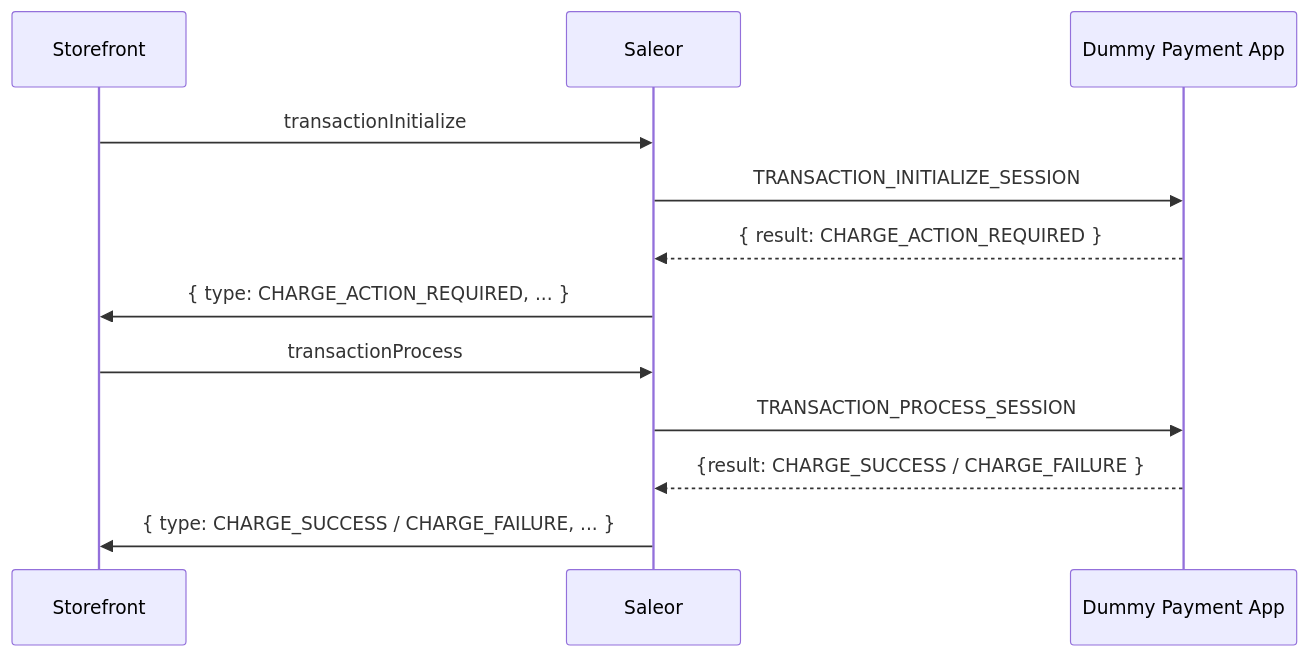
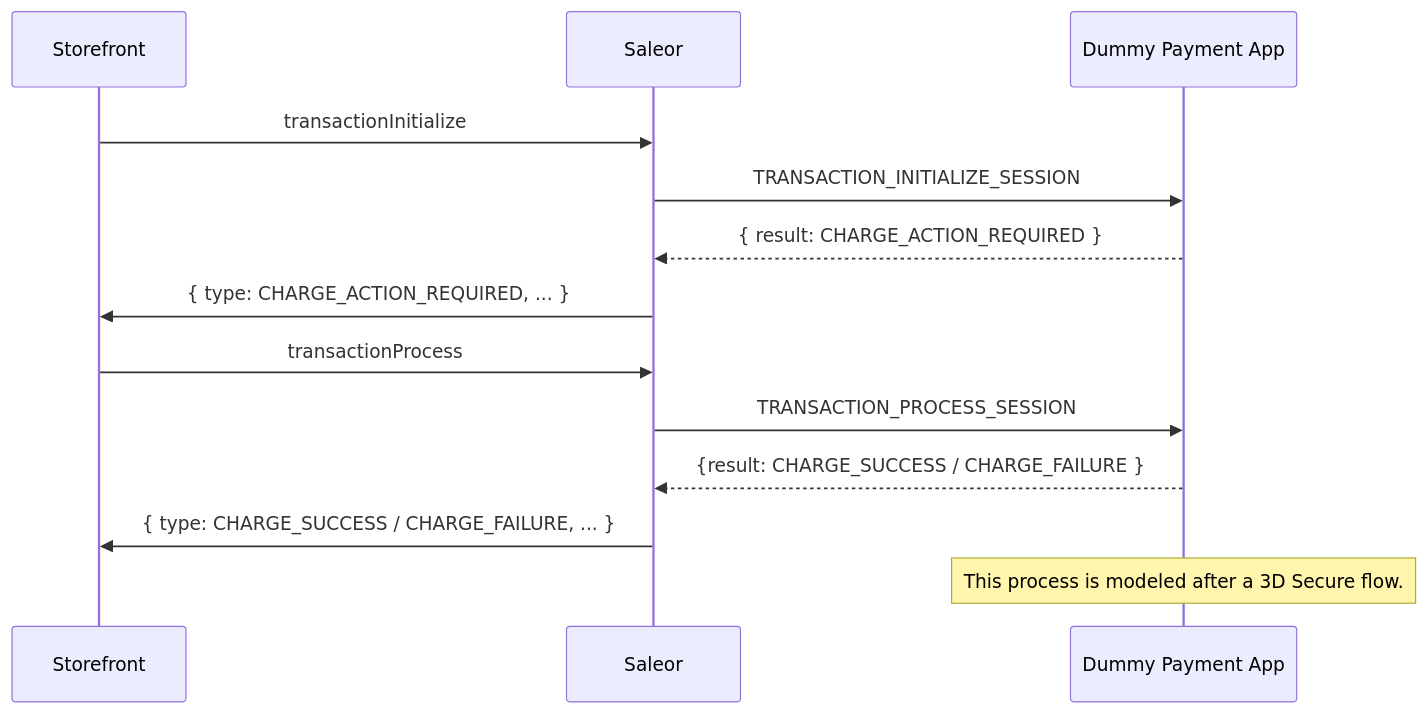
Before and after one commit to saleor/saleor-docs: the diagram in docs/developer/extending/apps/building-payment-app.mdx, drawn with Mermaid. The commit also changed other lines of this file, not shown here.

````diff
--- a/docs/developer/extending/apps/building-payment-app.mdx
+++ b/docs/developer/extending/apps/building-payment-app.mdx
@@ -128,14 +136,15 @@
 ```mermaid
 sequenceDiagram
- participant Storefront as Storefront
- participant Saleor as Saleor
- participant App as Dummy Payment App
+ participant Storefront
+ participant Saleor
+ participant Dummy Payment App
  Storefront->>Saleor: transactionInitialize
- Saleor->>App: TRANSACTION_INITIALIZE_SESSION
- App-->>Saleor: { result: CHARGE_ACTION_REQUIRED }
+ Saleor->>Dummy Payment App: TRANSACTION_INITIALIZE_SESSION
+ Dummy Payment App-->>Saleor: { result: CHARGE_ACTION_REQUIRED }
  Saleor->>Storefront: { type: CHARGE_ACTION_REQUIRED, ... }
  Storefront->>Saleor: transactionProcess
- Saleor->>App: TRANSACTION_PROCESS_SESSION
- App-->>Saleor: {result: CHARGE_SUCCESS / CHARGE_FAILURE }
+ Saleor->>Dummy Payment App: TRANSACTION_PROCESS_SESSION
+ Dummy Payment App-->>Saleor: {result: CHARGE_SUCCESS / CHARGE_FAILURE }
  Saleor->>Storefront: { type: CHARGE_SUCCESS / CHARGE_FAILURE, ... }
+ Note over Dummy Payment App: This process is modeled after a 3D Secure flow.
 ```
````
